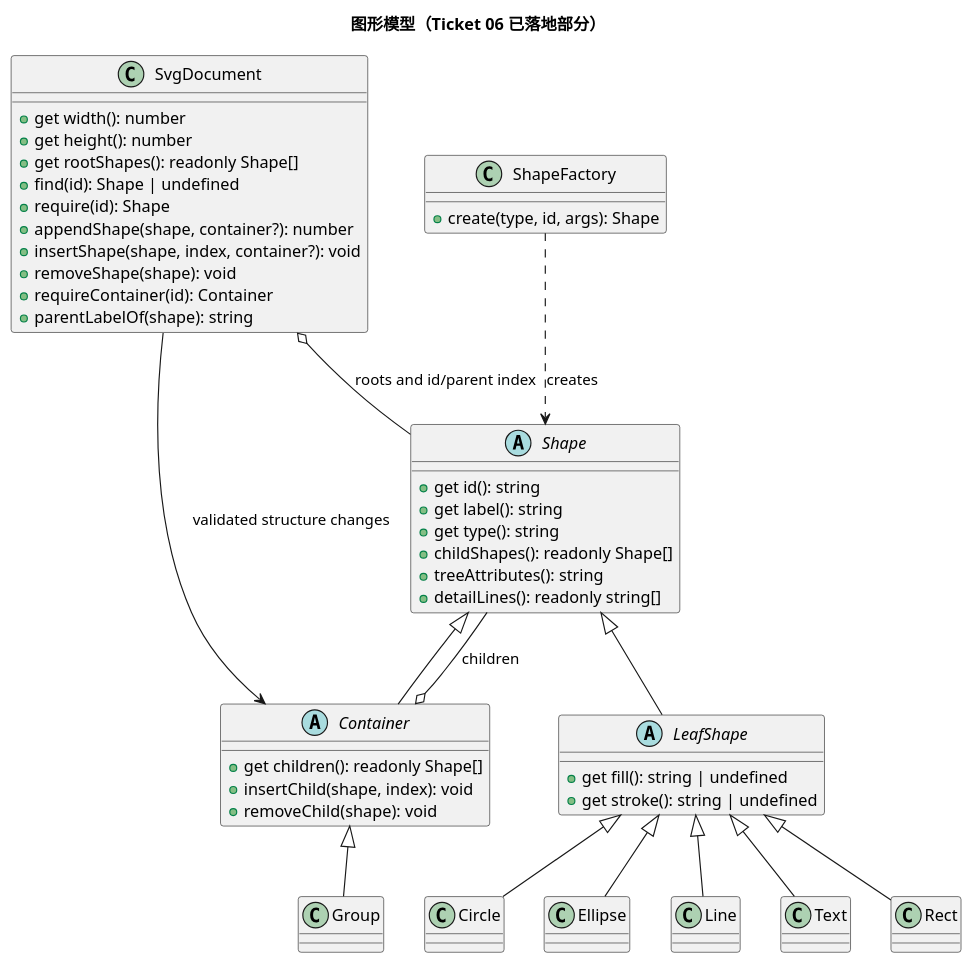
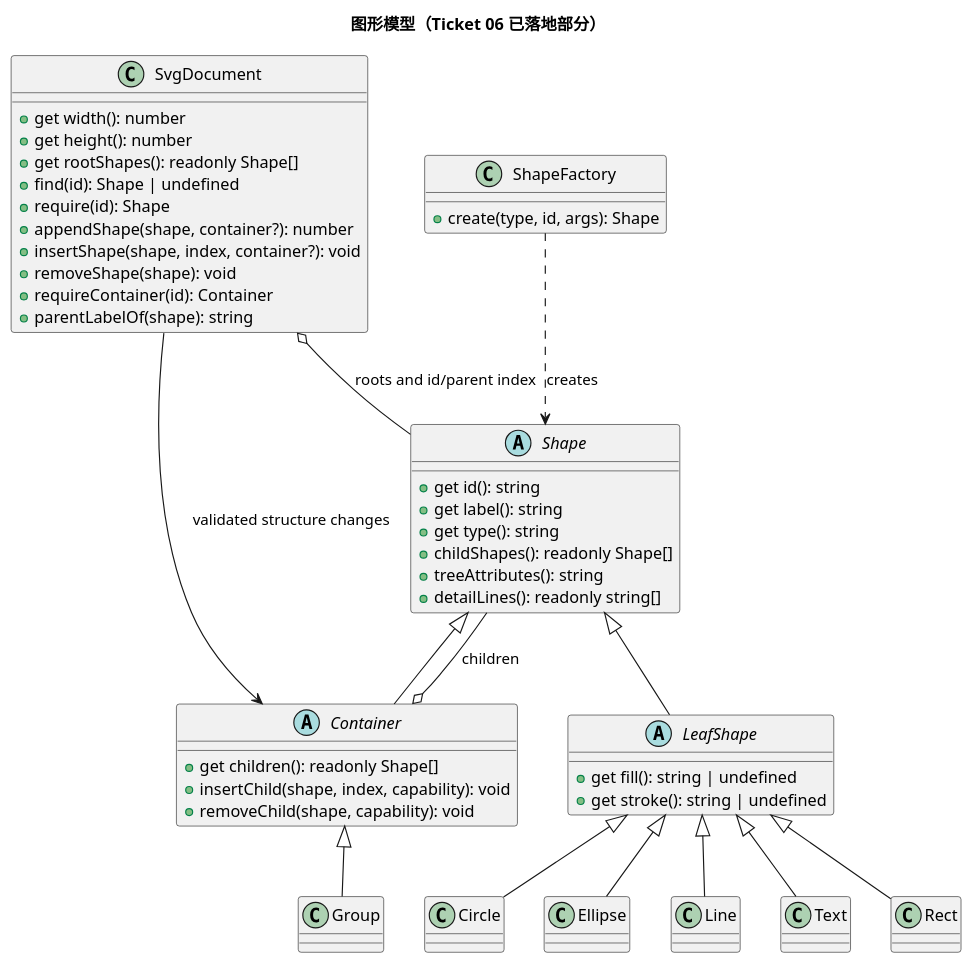
Before and after one commit to NQC233/svg-editor-lab1: the first of 2 diagrams in doc/class-model.puml, drawn with PlantUML. The commit also changed other lines of this file and 4 other files, not shown here.

```diff
--- a/doc/class-model.puml
+++ b/doc/class-model.puml
@@ -1,60 +1,60 @@
 @startuml
 title 图形模型（Ticket 06 已落地部分）
 
 abstract class Shape {
   +get id(): string
   +get label(): string
   +get type(): string
   +childShapes(): readonly Shape[]
   +treeAttributes(): string
   +detailLines(): readonly string[]
 }
 
 abstract class LeafShape {
   +get fill(): string | undefined
   +get stroke(): string | undefined
 }
 
 abstract class Container {
   +get children(): readonly Shape[]
-  +insertChild(shape, index): void
-  +removeChild(shape): void
+  +insertChild(shape, index, capability): void
+  +removeChild(shape, capability): void
 }
 
 class Group
 class Rect
 class Circle
 class Ellipse
 class Line
 class Text
 
 class SvgDocument {
   +get width(): number
   +get height(): number
   +get rootShapes(): readonly Shape[]
   +find(id): Shape | undefined
   +require(id): Shape
   +appendShape(shape, container?): number
   +insertShape(shape, index, container?): void
   +removeShape(shape): void
   +requireContainer(id): Container
   +parentLabelOf(shape): string
 }
 
 class ShapeFactory {
   +create(type, id, args): Shape
 }
 
 Shape <|-- LeafShape
 Shape <|-- Container
 Container <|-- Group
 LeafShape <|-- Rect
 LeafShape <|-- Circle
 LeafShape <|-- Ellipse
 LeafShape <|-- Line
 LeafShape <|-- Text
 SvgDocument o-- Shape : roots and id/parent index
 SvgDocument --> Container : validated structure changes
 Container o-- Shape : children
 ShapeFactory ..> Shape : creates
 @enduml
```
